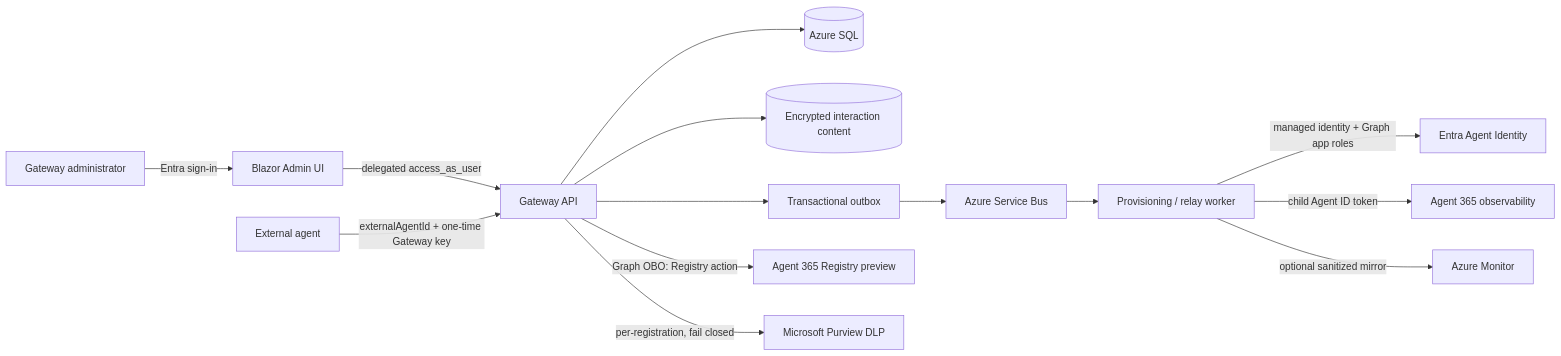
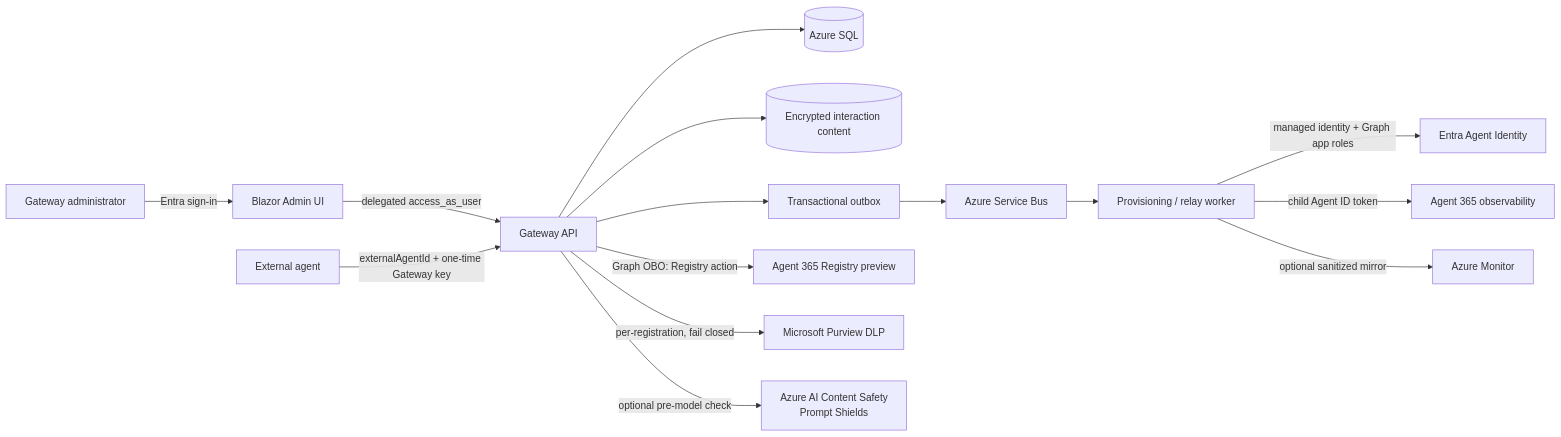
Before and after one commit to patrick-shim/a365-custom-gateway: the first of 3 diagrams in README.md, drawn with Mermaid. The commit also changed other lines of this file and 95 other files, not shown here.

Commit message:
feat: add pre-model prompt protection

````diff
--- a/README.md
+++ b/README.md
@@ -38,18 +40,19 @@
 ```mermaid
 flowchart LR
     Admin[Gateway administrator] -->|Entra sign-in| UI[Blazor Admin UI]
     UI -->|delegated access_as_user| API[Gateway API]
     Client[External agent] -->|externalAgentId + one-time Gateway key| API
 
     API --> SQL[(Azure SQL)]
     API --> Blob[(Encrypted interaction content)]
     API --> Outbox[Transactional outbox]
     Outbox --> Bus[Azure Service Bus]
     Bus --> Worker[Provisioning / relay worker]
 
     API -->|Graph OBO: Registry action| Registry[Agent 365 Registry preview]
     Worker -->|managed identity + Graph app roles| Entra[Entra Agent Identity]
     Worker -->|child Agent ID token| A365[Agent 365 observability]
     Worker -->|optional sanitized mirror| Monitor[Azure Monitor]
     API -->|per-registration, fail closed| Purview[Microsoft Purview DLP]
+    API -->|optional pre-model check| Shield[Azure AI Content Safety<br/>Prompt Shields]
 ```
````
